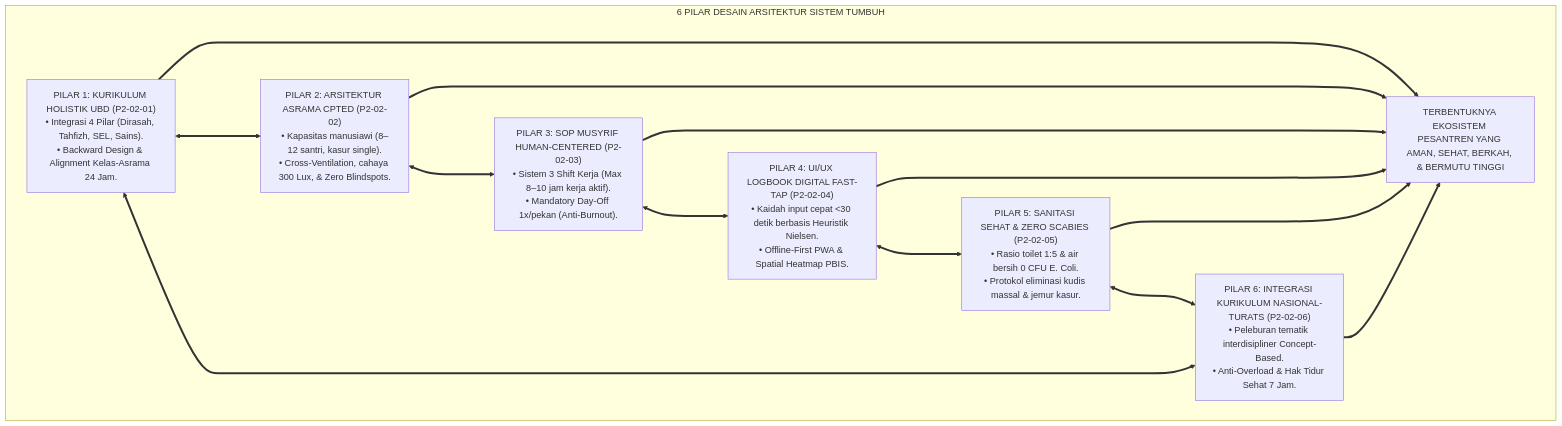
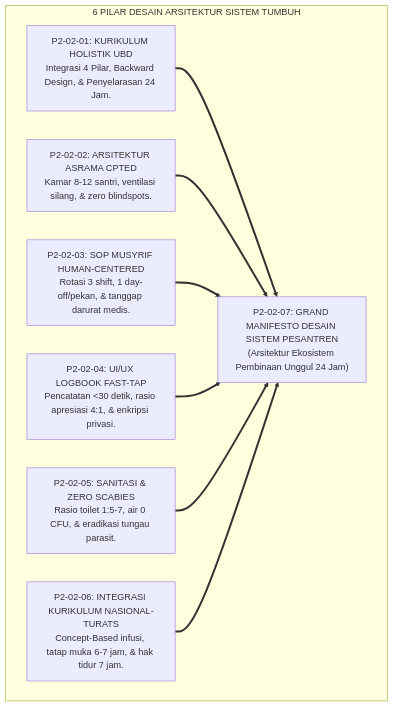
Before and after one commit to wandiapriliyandi/tumbuh: the first of 3 diagrams in 02 Principles/02 Design Principles/P2-02-07-Sintesis-Design-Principles-TUMBUH.md, drawn with Mermaid. The commit also changed other lines of this file and 7 other files, not shown here.

````diff
--- a/02 Principles/02 Design Principles/P2-02-07-Sintesis-Design-Principles-TUMBUH.md
+++ b/02 Principles/02 Design Principles/P2-02-07-Sintesis-Design-Principles-TUMBUH.md
@@ -57,27 +55,15 @@
 ```mermaid
 flowchart TD
     subgraph ArsitekturSintesisDesignPrinciples["6 PILAR DESAIN ARSITEKTUR SISTEM TUMBUH"]
-        P1["PILAR 1: KURIKULUM HOLISTIK UBD (P2-02-01)<br/>• Integrasi 4 Pilar (Dirasah, Tahfizh, SEL, Sains).<br/>• Backward Design & Alignment Kelas-Asrama 24 Jam."]
+        P1["P2-02-01: KURIKULUM HOLISTIK UBD<br/>Integrasi 4 Pilar, Backward Design, & Penyelarasan 24 Jam."]
+        P2["P2-02-02: ARSITEKTUR ASRAMA CPTED<br/>Kamar 8-12 santri, ventilasi silang, & zero blindspots."]
+        P3["P2-02-03: SOP MUSYRIF HUMAN-CENTERED<br/>Rotasi 3 shift, 1 day-off/pekan, & tanggap darurat medis."]
+        P4["P2-02-04: UI/UX LOGBOOK FAST-TAP<br/>Pencatatan <30 detik, rasio apresiasi 4:1, & enkripsi privasi."]
+        P5["P2-02-05: SANITASI & ZERO SCABIES<br/>Rasio toilet 1:5-7, air 0 CFU, & eradikasi tungau parasit."]
+        P6["P2-02-06: INTEGRASI KURIKULUM NASIONAL-TURATS<br/>Concept-Based infusi, tatap muka 6-7 jam, & hak tidur 7 jam."]
         
-        P2["PILAR 2: ARSITEKTUR ASRAMA CPTED (P2-02-02)<br/>• Kapasitas manusiawi (8–12 santri, kasur single).<br/>• Cross-Ventilation, cahaya 300 Lux, & Zero Blindspots."]
+        ManifestoInduk["P2-02-07: GRAND MANIFESTO DESAIN SISTEM PESANTREN<br/>(Arsitektur Ekosistem Pembinaan Unggul 24 Jam)"]
         
-        P3["PILAR 3: SOP MUSYRIF HUMAN-CENTERED (P2-02-03)<br/>• Sistem 3 Shift Kerja (Max 8–10 jam kerja aktif).<br/>• Mandatory Day-Off 1x/pekan (Anti-Burnout)."]
-        
-        P4["PILAR 4: UI/UX LOGBOOK DIGITAL FAST-TAP (P2-02-04)<br/>• Kaidah input cepat <30 detik berbasis Heuristik Nielsen.<br/>• Offline-First PWA & Spatial Heatmap PBIS."]
-        
-        P5["PILAR 5: SANITASI SEHAT & ZERO SCABIES (P2-02-05)<br/>• Rasio toilet 1:5 & air bersih 0 CFU E. Coli.<br/>• Protokol eliminasi kudis massal & jemur kasur."]
-        
-        P6["PILAR 6: INTEGRASI KURIKULUM NASIONAL-TURATS (P2-02-06)<br/>• Peleburan tematik interdisipliner Concept-Based.<br/>• Anti-Overload & Hak Tidur Sehat 7 Jam."]
-        
-        P1 <===> P2
-        P2 <===> P3
-        P3 <===> P4
-        P4 <===> P5
-        P5 <===> P6
-        P6 <===> P1
-        
-        Pusat["TERBENTUKNYA EKOSISTEM PESANTREN YANG AMAN, SEHAT, BERKAH, & BERMUTU TINGGI"]
-        
-        P1 & P2 & P3 & P4 & P5 & P6 ==> Pusat
+        P1 & P2 & P3 & P4 & P5 & P6 ==> ManifestoInduk
     end
 ```
````
